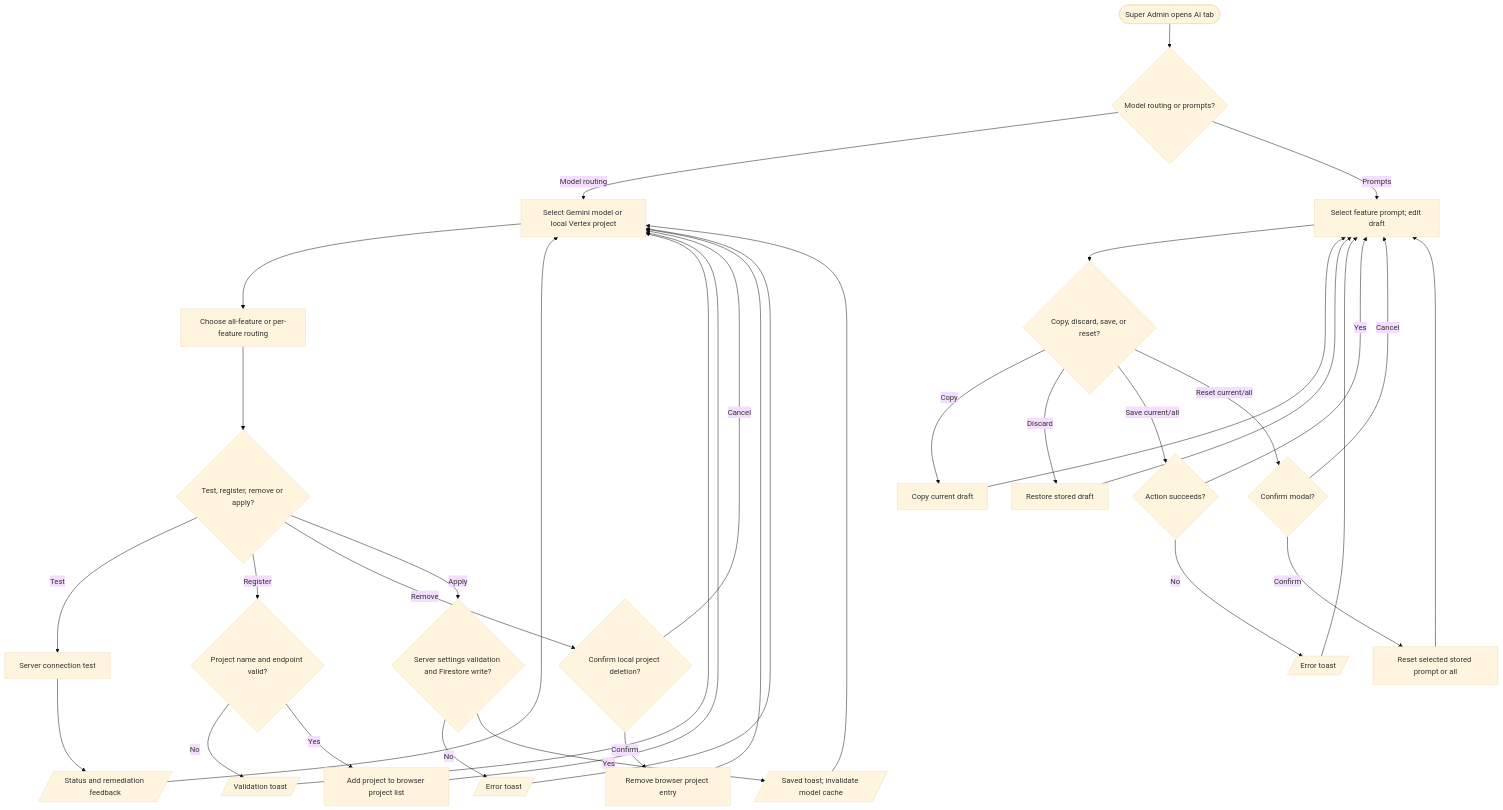
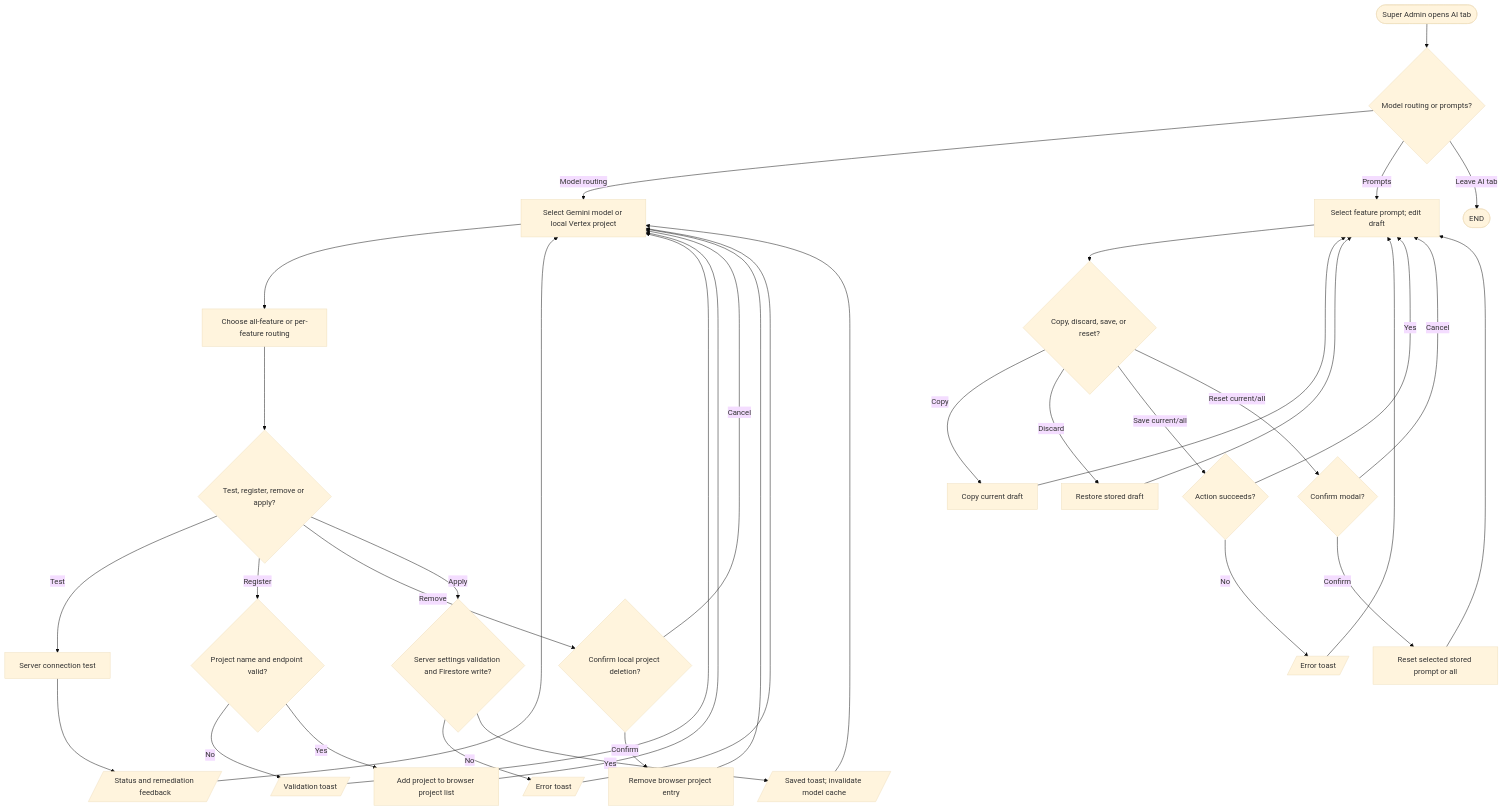
Before and after one commit to VirgenRayzon/BuilbotAI: the diagram in docs/flowcharts/ai-system/ai-settings-flowchart.md, drawn with Mermaid (base theme). The commit also changed other lines of this file and 109 other files, not shown here.

Commit message:
feat(builder): add live recommendations, budget slider, and updated system flowcharts

````diff
--- a/docs/flowcharts/ai-system/ai-settings-flowchart.md
+++ b/docs/flowcharts/ai-system/ai-settings-flowchart.md
@@ -3,27 +7,28 @@
 ```mermaid
 flowchart TD
   Start([Super Admin opens AI tab]) --> Mode{Model routing or prompts?}
   Mode -- Model routing --> Models[Select Gemini model or local Vertex project]
   Models --> Route[Choose all-feature or per-feature routing]
   Route --> Action{Test, register, remove or apply?}
   Action -- Test --> Test[Server connection test] --> TestResult[/Status and remediation feedback/] --> Models
   Action -- Register --> Validate{Project name and endpoint valid?}
   Validate -- No --> Inline[/Validation toast/] --> Models
   Validate -- Yes --> Local[Add project to browser project list] --> Models
   Action -- Remove --> Delete{Confirm local project deletion?}
   Delete -- Cancel --> Models
   Delete -- Confirm --> Remove[Remove browser project entry] --> Models
   Action -- Apply --> Save{Server settings validation and Firestore write?}
   Save -- No --> SaveError[/Error toast/] --> Models
   Save -- Yes --> Success[/Saved toast; invalidate model cache/] --> Models
   Mode -- Prompts --> Prompt[Select feature prompt; edit draft]
   Prompt --> PromptChoice{Copy, discard, save, or reset?}
   PromptChoice -- Copy --> Clipboard[Copy current draft] --> Prompt
   PromptChoice -- Discard --> Discard[Restore stored draft] --> Prompt
   PromptChoice -- Save current/all --> PromptSave{Action succeeds?}
   PromptSave -- No --> PromptError[/Error toast/] --> Prompt
   PromptSave -- Yes --> Prompt
   PromptChoice -- Reset current/all --> Confirm{Confirm modal?}
   Confirm -- Cancel --> Prompt
   Confirm -- Confirm --> Reset[Reset selected stored prompt or all] --> Prompt
+  Mode -- Leave AI tab --> Finish([END])
 ```
````
